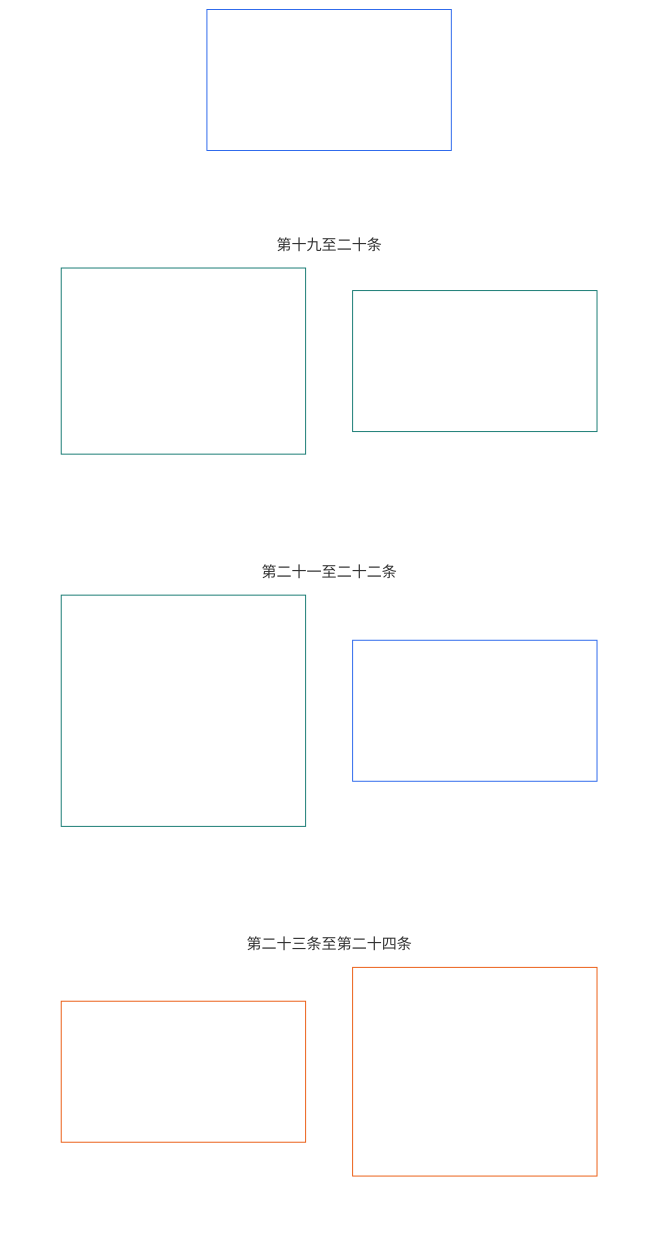
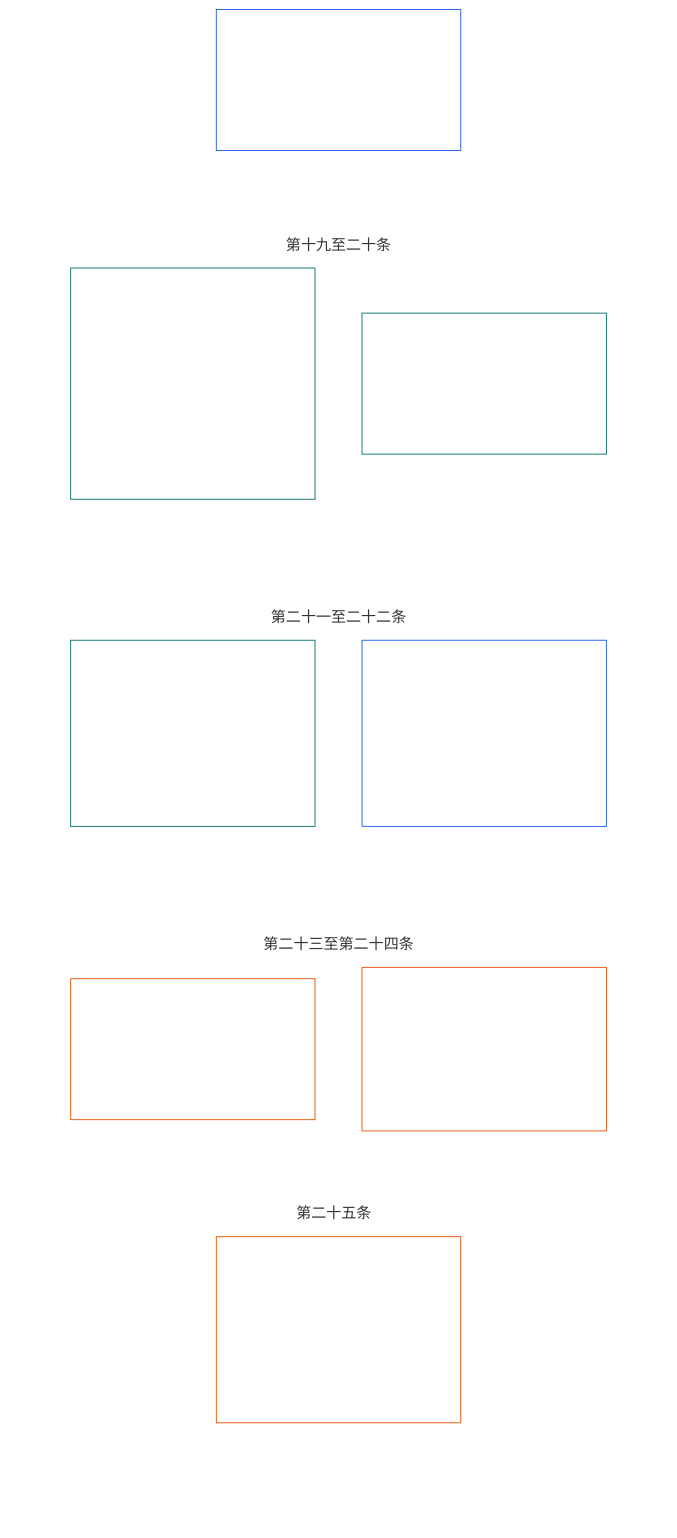
One commit to kfoelsch/Sentient_Constitution changed the diagram in translations/zh/core_06_rights_part_d.md. Above: the diagram before and after it, drawn with Mermaid. The commit also changed other lines of this file and 353 other files, not shown here.

````diff
--- a/translations/zh/core_06_rights_part_d.md
+++ b/translations/zh/core_06_rights_part_d.md
@@ -41,36 +41,42 @@
 ```mermaid
 flowchart TB
     D0["D部分<br/><br/>站立、公正、互通、<br/>可理解性、根源审查和宪法解释"]
     subgraph Dgrid[" "]
         direction TB
         subgraph Drow1["第十九至二十条"]
-            D1["第十九条 · 地位和参与地位<br/><br/>• 长期的区别<br/>• 可竞争性和限制限制<br/>• 命名途径资格、责任和审核<br/>• 迁徙、避难和无国籍状态"]
+            D1["第十九条 · 地位与参与身份<br/><br/>• 地位区分<br/>• 可质疑性与相称限制的边界<br/>• 贡献、能力资格限制及指定路径资格<br/>• 违规、地位锁定及特殊投票限制"]
             D2["第二十条·查实违法行为后的司法公正<br/><br/>• 正义的目标和范围<br/>• 限制楼层"]
         end
         subgraph Drow2["第二十一至二十二条"]
-            D3["第二十一条·互操作性、便携性、移动、避难和退出完整性<br/><br/>• 可移植性<br/>• 互操作性<br/>• 防锁定<br/>• 迁徙、移民、避难和无国籍状态"]
-            D4["第二十二条 · 管理的可理解性和复杂性<br/><br/>• 比例可理解性<br/>• 复杂性审计和模块化"]
+            D3["第二十一条 · 互操作性、可移植性与退出完整性<br/><br/>• 可移植权利<br/>• 互惠互操作边界<br/>• 反锁定规则<br/>• 开放格式与标准"]
+            D4["第二十二条 · 移动、迁移、避难与非无国籍<br/><br/>• 移动与迁居<br/>• 因不合规而寻求避难<br/>• 非无国籍保障<br/>• 限制、羁押与紧急纪律"]
         end
-        subgraph Drow3["第二十三条至第二十四条"]
-            D5["第二十三条·根本原因分析和适应性应对<br/><br/>• 诊断严谨性和因果归因<br/>• 可审核性、挑战和可逆性"]
-            D6["第二十四条·宪法解释、审查和反俘获保障<br/><br/>• 有限的解释授权<br/>• 构图、旋转和冲突控制<br/>• 公共原因、挑战和外部审查<br/>• 拆除和非加固"]
+        subgraph Drow3["第二十三至第二十四条"]
+            D5["第二十三条 · 可理解性与复杂性治理<br/><br/>• 相称的可理解权<br/>• 复杂性审计与模块化要求"]
+            D6["第二十四条 · 根本原因分析与适应性响应<br/><br/>• 严谨诊断与因果归属<br/>• 可审计性、质疑与优先可逆性"]
+        subgraph Drow4["第二十五条"]
+            D7["第二十五条 · 宪法解释、审查与反俘获保障<br/><br/>• 有限解释授权与公开理由<br/>• 质疑权与独立审查<br/>• 论坛独立及外部审查<br/>• 因故免职并防止权力固化"]
+        end
         end
     end
     %%隐形链接强制形成两宽网格：每个链接将其目标向下一级。
     D0 ~~~ D1 & D2
     D1 ~~~ D3
     D2 ~~~ D4
     D3 ~~~ D5
     D4 ~~~ D6
+    D5 & D6 ~~~ D7
     style Dgrid fill:none,stroke:none
     style Drow1 fill:none,stroke:none
     style Drow2 fill:none,stroke:none
     style Drow3 fill:none,stroke:none
+    style Drow4 fill:none,stroke:none
     style D0 fill:none,stroke:#2563eb,color:#ffffff
     style D1 fill:none,stroke:#0f766e,color:#ffffff
     style D2 fill:none,stroke:#0f766e,color:#ffffff
     style D3 fill:none,stroke:#0f766e,color:#ffffff
     style D4 fill:none,stroke:#2563eb,color:#ffffff
     style D5 fill:none,stroke:#ea580c,color:#ffffff
     style D6 fill:none,stroke:#ea580c,color:#ffffff
+    style D7 fill:none,stroke:#ea580c,color:#ffffff
 ```
````
